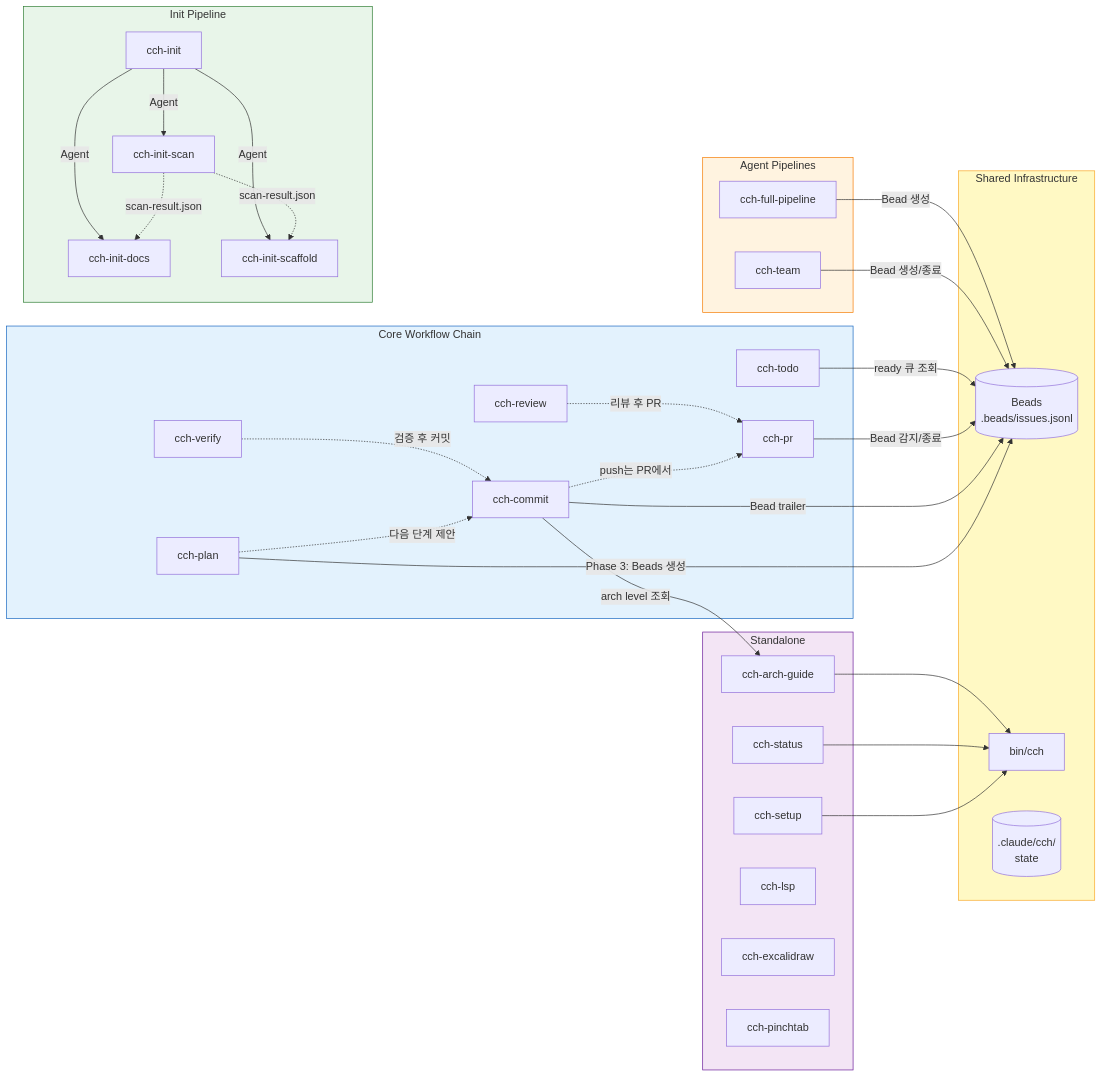
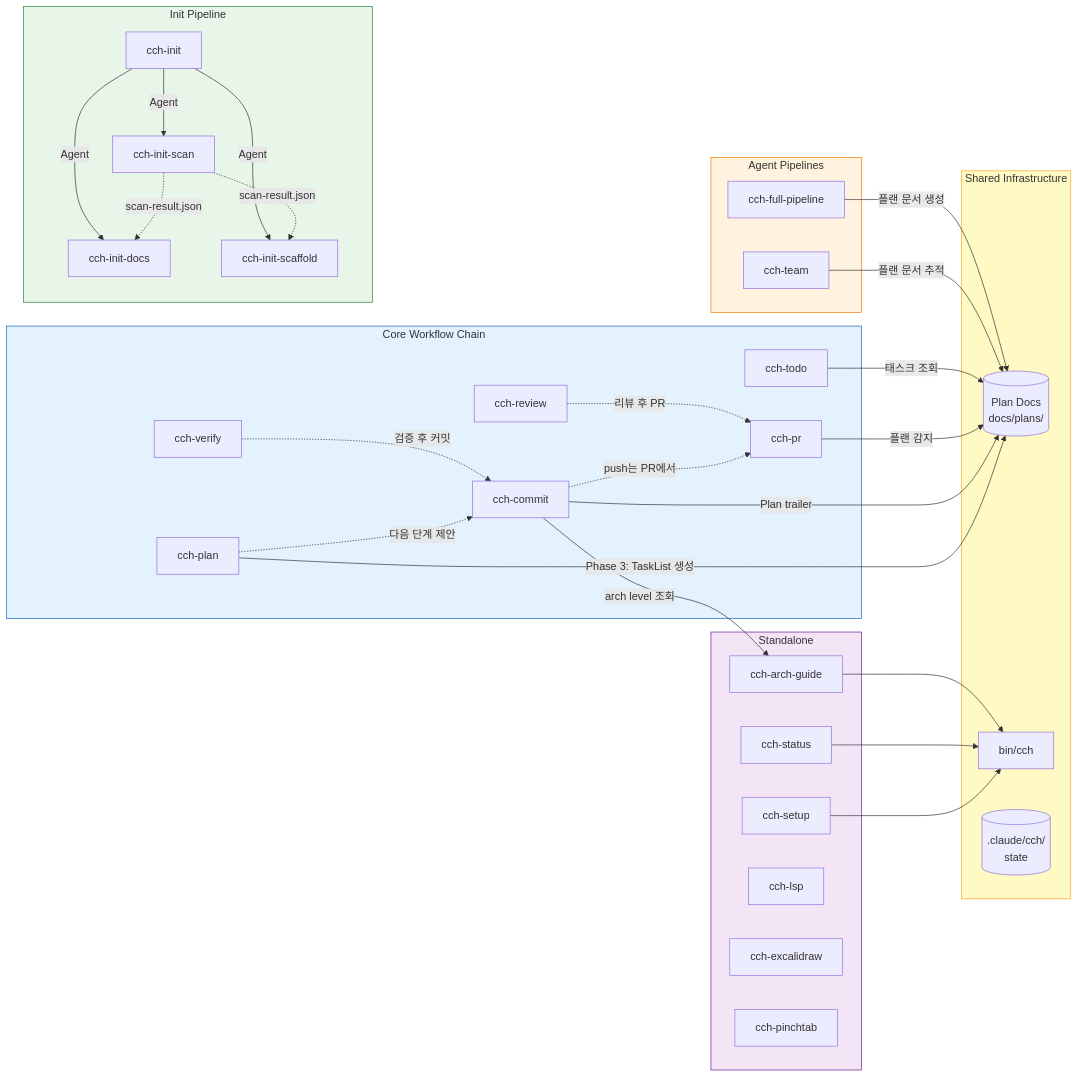
Before and after one commit to skdkfk8758/claude-code-harness: the second of 17 diagrams in docs/diagrams/cch-workflows.md, drawn with Mermaid. The commit also changed other lines of this file and 1 other file, not shown here.

First line of the commit message:
docs: update workflow diagrams for v3, archive plugin reference

````diff
--- a/docs/diagrams/cch-workflows.md
+++ b/docs/diagrams/cch-workflows.md
@@ -78,71 +78,71 @@
 ```mermaid
 graph LR
     subgraph CoreFlow["Core Workflow Chain"]
         PLAN["cch-plan"]
         COMMIT["cch-commit"]
         VERIFY["cch-verify"]
         REVIEW["cch-review"]
         PR["cch-pr"]
         TODO["cch-todo"]
     end
 
     subgraph InitFlow["Init Pipeline"]
         INIT["cch-init"]
         SCAN["cch-init-scan"]
         DOCS["cch-init-docs"]
         SCAFFOLD["cch-init-scaffold"]
     end
 
     subgraph AgentPipelines["Agent Pipelines"]
         TEAM["cch-team"]
         FULL["cch-full-pipeline"]
     end
 
     subgraph Standalone["Standalone"]
         SETUP["cch-setup"]
         STATUS["cch-status"]
         ARCH["cch-arch-guide"]
         LSP["cch-lsp"]
         EXCALI["cch-excalidraw"]
         PINCH["cch-pinchtab"]
     end
 
     subgraph SharedInfra["Shared Infrastructure"]
-        BEADS[("Beads<br/>.beads/issues.jsonl")]
+        PLANS[("Plan Docs<br/>docs/plans/")]
         ENGINE["bin/cch"]
         STATE[(".claude/cch/<br/>state")]
     end
 
     %% Core Flow dependencies
-    PLAN -->|"Phase 3: Beads 생성"| BEADS
+    PLAN -->|"Phase 3: TaskList 생성"| PLANS
     PLAN -.->|"다음 단계 제안"| COMMIT
-    COMMIT -->|"Bead trailer"| BEADS
+    COMMIT -->|"Plan trailer"| PLANS
     COMMIT -->|"arch level 조회"| ARCH
     COMMIT -.->|"push는 PR에서"| PR
     VERIFY -.->|"검증 후 커밋"| COMMIT
     REVIEW -.->|"리뷰 후 PR"| PR
-    PR -->|"Bead 감지/종료"| BEADS
-    TODO -->|"ready 큐 조회"| BEADS
+    PR -->|"플랜 감지"| PLANS
+    TODO -->|"태스크 조회"| PLANS
 
     %% Init Flow
     INIT -->|"Agent"| SCAN
     INIT -->|"Agent"| DOCS
     INIT -->|"Agent"| SCAFFOLD
     SCAN -.->|"scan-result.json"| DOCS
     SCAN -.->|"scan-result.json"| SCAFFOLD
 
     %% Agent Pipelines
-    TEAM -->|"Bead 생성/종료"| BEADS
-    FULL -->|"Bead 생성"| BEADS
+    TEAM -->|"플랜 문서 추적"| PLANS
+    FULL -->|"플랜 문서 생성"| PLANS
 
     %% Standalone to Infra
     SETUP --> ENGINE
     STATUS --> ENGINE
     ARCH --> ENGINE
 
     style CoreFlow fill:#E3F2FD,stroke:#1565C0
     style InitFlow fill:#E8F5E9,stroke:#2E7D32
     style AgentPipelines fill:#FFF3E0,stroke:#F57C00
     style Standalone fill:#F3E5F5,stroke:#6A1B9A
     style SharedInfra fill:#FFF9C4,stroke:#F9A825
 ```
````
